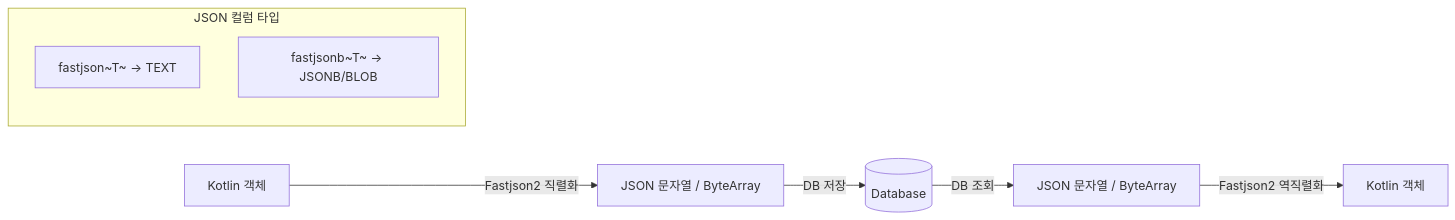
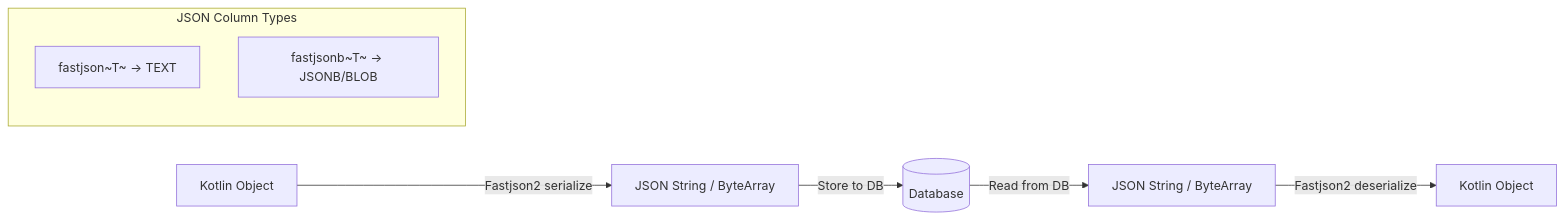
Before and after one commit to bluetape4k/bluetape4k-projects: the third of 3 diagrams in data/exposed-fastjson2/README.md, drawn with Mermaid. The commit also changed other lines of this file and 265 other files, not shown here.

````diff
--- a/data/exposed-fastjson2/README.md
+++ b/data/exposed-fastjson2/README.md
@@ -185,12 +187,12 @@
 ```mermaid
 flowchart LR
-    A[Kotlin 객체] -->|Fastjson2 직렬화| B[JSON 문자열 / ByteArray]
-    B -->|DB 저장| C[(Database)]
-    C -->|DB 조회| D[JSON 문자열 / ByteArray]
-    D -->|Fastjson2 역직렬화| E[Kotlin 객체]
+    A[Kotlin Object] -->|Fastjson2 serialize| B[JSON String / ByteArray]
+    B -->|Store to DB| C[(Database)]
+    C -->|Read from DB| D[JSON String / ByteArray]
+    D -->|Fastjson2 deserialize| E[Kotlin Object]
 
-    subgraph JSON 컬럼 타입
+    subgraph JSON Column Types
         F["fastjson~T~ → TEXT"]
         G["fastjsonb~T~ → JSONB/BLOB"]
     end
 ```
````
